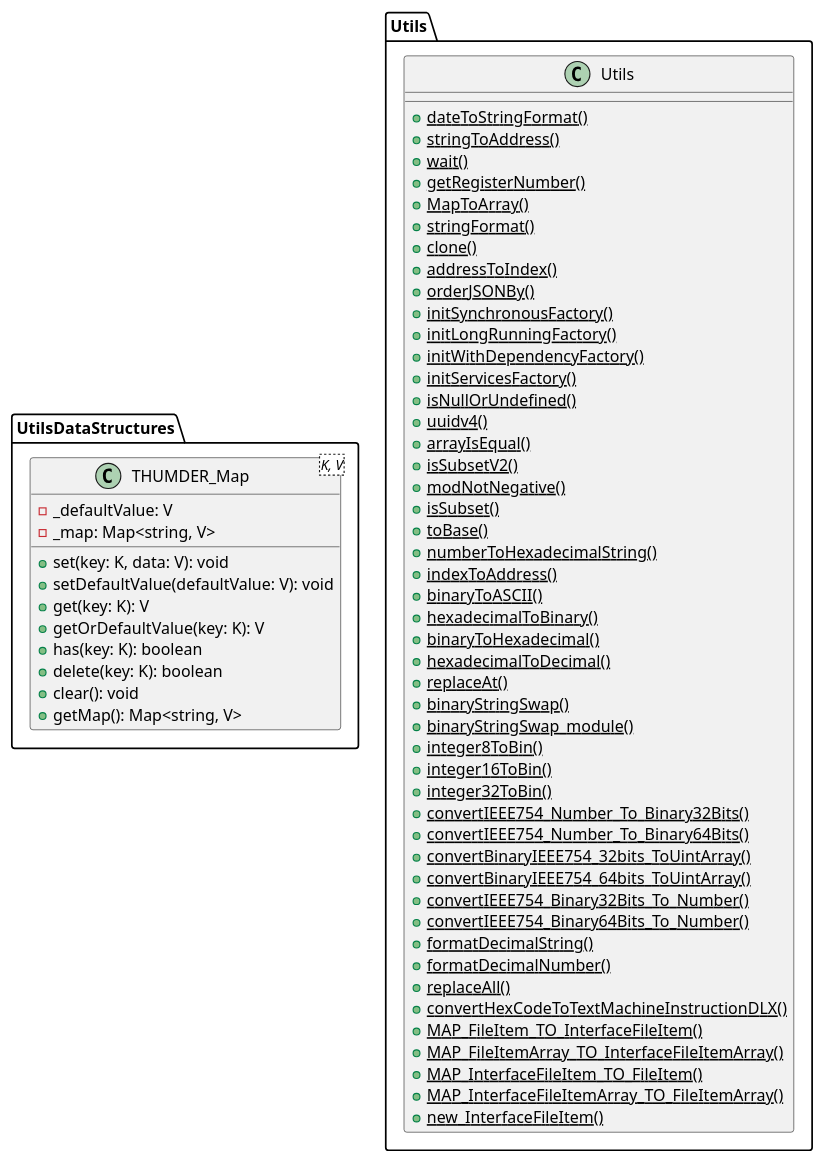
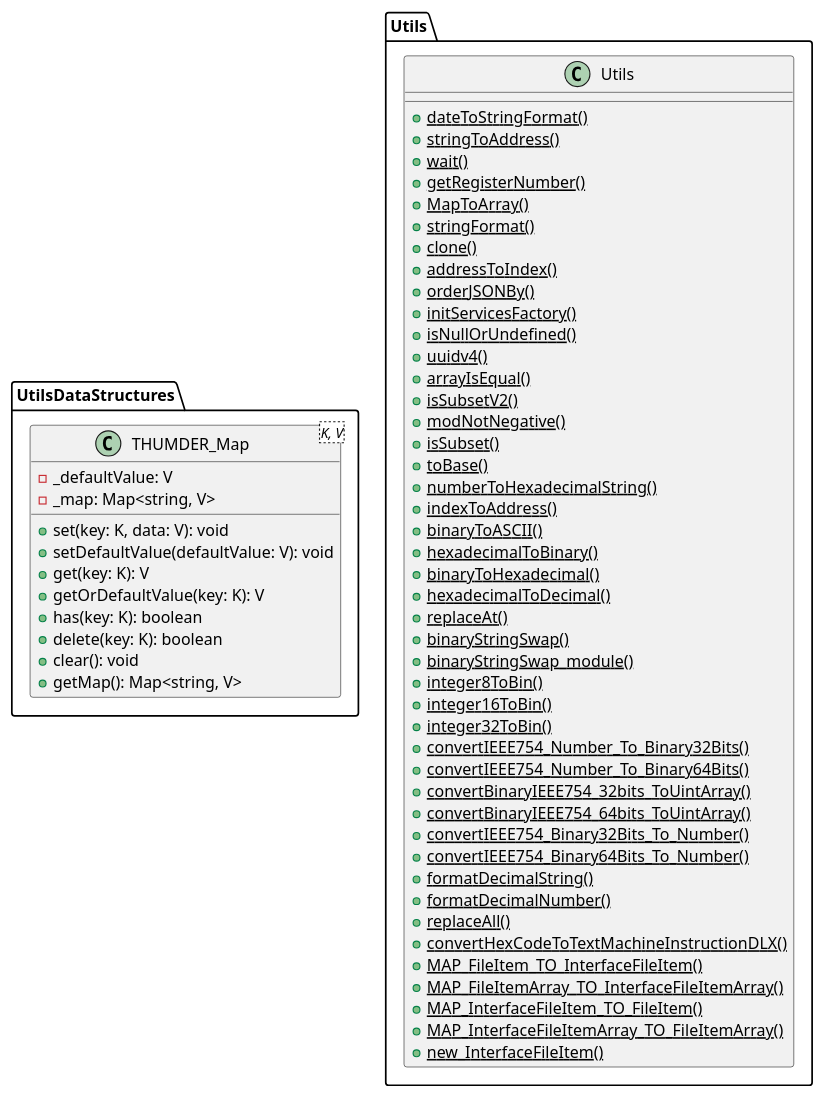
One commit to nonodev96/THUMDER changed the diagram in UML/THUMDER-Utils.puml. Above: the diagram before and after it, drawn with PlantUML. The commit also changed 44 other files, not shown here.

```diff
--- a/UML/THUMDER-Utils.puml
+++ b/UML/THUMDER-Utils.puml
@@ -1,71 +1,68 @@
 @startuml
 'https://plantuml.com/class-diagram
 
 
 namespace UtilsDataStructures {
     class THUMDER_Map<K, V> {
         -_defaultValue: V
         -_map: Map<string, V>
         +set(key: K, data: V): void
         +setDefaultValue(defaultValue: V): void
         +get(key: K): V
         +getOrDefaultValue(key: K): V
         +has(key: K): boolean
         +delete(key: K): boolean
         +clear(): void
         +getMap(): Map<string, V>
     }
 }
 
 namespace Utils {
   class Utils {
     + {static} dateToStringFormat()
     + {static} stringToAddress()
     + {static} wait()
     + {static} getRegisterNumber()
     + {static} MapToArray()
     + {static} stringFormat()
     + {static} clone()
     + {static} addressToIndex()
     + {static} orderJSONBy()
-    + {static} initSynchronousFactory()
-    + {static} initLongRunningFactory()
-    + {static} initWithDependencyFactory()
     + {static} initServicesFactory()
     + {static} isNullOrUndefined()
     + {static} uuidv4()
     + {static} arrayIsEqual()
     + {static} isSubsetV2()
     + {static} modNotNegative()
     + {static} isSubset()
     + {static} toBase()
     + {static} numberToHexadecimalString()
     + {static} indexToAddress()
     + {static} binaryToASCII()
     + {static} hexadecimalToBinary()
     + {static} binaryToHexadecimal()
     + {static} hexadecimalToDecimal()
     + {static} replaceAt()
     + {static} binaryStringSwap()
     + {static} binaryStringSwap_module()
     + {static} integer8ToBin()
     + {static} integer16ToBin()
     + {static} integer32ToBin()
     + {static} convertIEEE754_Number_To_Binary32Bits()
     + {static} convertIEEE754_Number_To_Binary64Bits()
     + {static} convertBinaryIEEE754_32bits_ToUintArray()
     + {static} convertBinaryIEEE754_64bits_ToUintArray()
     + {static} convertIEEE754_Binary32Bits_To_Number()
     + {static} convertIEEE754_Binary64Bits_To_Number()
     + {static} formatDecimalString()
     + {static} formatDecimalNumber()
     + {static} replaceAll()
     + {static} convertHexCodeToTextMachineInstructionDLX()
     + {static} MAP_FileItem_TO_InterfaceFileItem()
     + {static} MAP_FileItemArray_TO_InterfaceFileItemArray()
     + {static} MAP_InterfaceFileItem_TO_FileItem()
     + {static} MAP_InterfaceFileItemArray_TO_FileItemArray()
     + {static} new_InterfaceFileItem()
   }
 }
 @enduml
```
